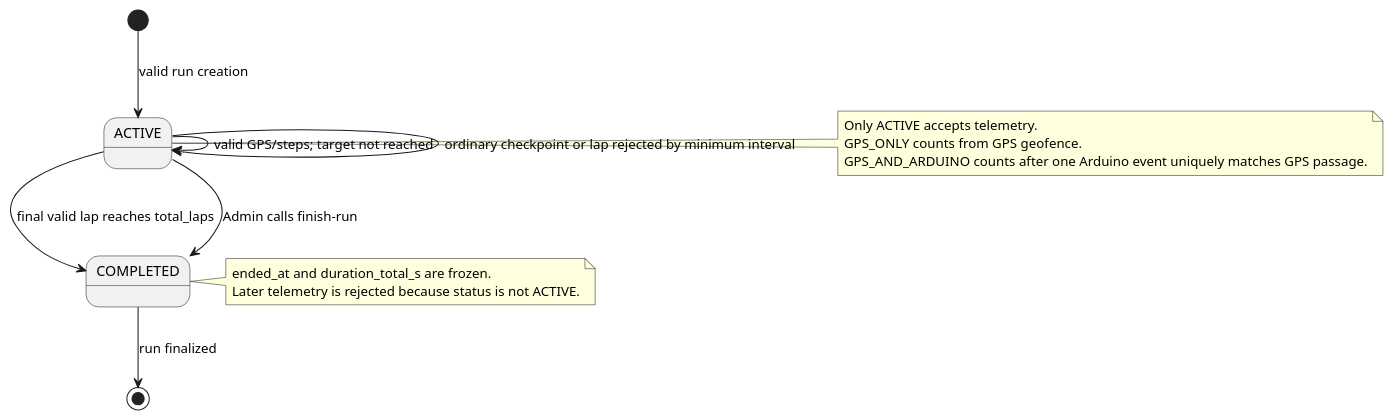
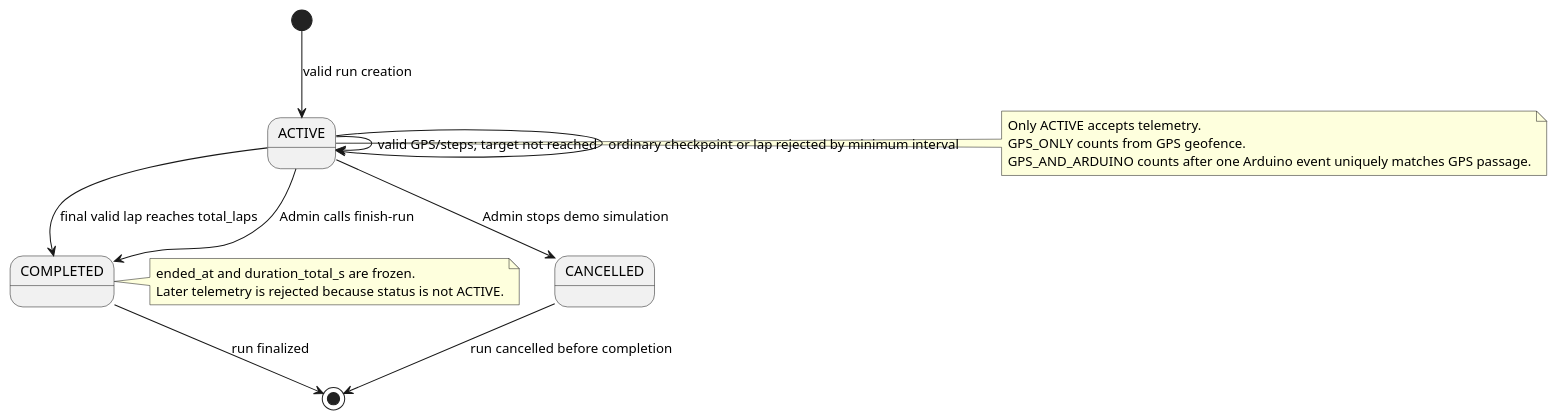
The tenth of 15 diagrams in docs/PLANTUML_DIAGRAMS.puml (Dunnguyn/Smart_Running_Checkpoint_IoT), drawn with PlantUML before and after one commit. The commit also changed other lines of this file and 7 other files, not shown here.

```diff
--- a/docs/PLANTUML_DIAGRAMS.puml
+++ b/docs/PLANTUML_DIAGRAMS.puml
@@ -591,17 +598,19 @@
 @startuml
 [*] --> ACTIVE : valid run creation
 ACTIVE --> ACTIVE : valid GPS/steps; target not reached
 ACTIVE --> ACTIVE : ordinary checkpoint or lap rejected by minimum interval
 ACTIVE --> COMPLETED : final valid lap reaches total_laps
 ACTIVE --> COMPLETED : Admin calls finish-run
+ACTIVE --> CANCELLED : Admin stops demo simulation
 COMPLETED --> [*] : run finalized
+CANCELLED --> [*] : run cancelled before completion
 note right of ACTIVE
 Only ACTIVE accepts telemetry.
 GPS_ONLY counts from GPS geofence.
 GPS_AND_ARDUINO counts after one Arduino event uniquely matches GPS passage.
 end note
 note right of COMPLETED
 ended_at and duration_total_s are frozen.
 Later telemetry is rejected because status is not ACTIVE.
 end note
 @enduml
```
